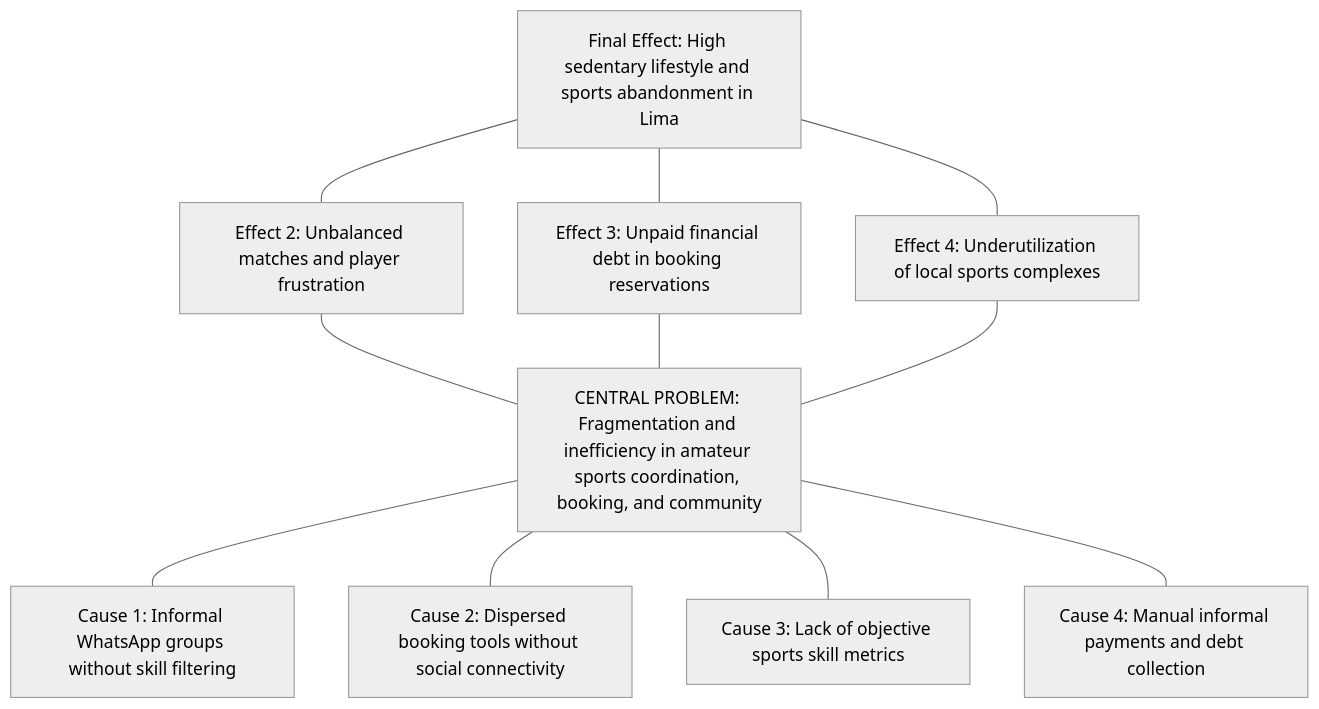
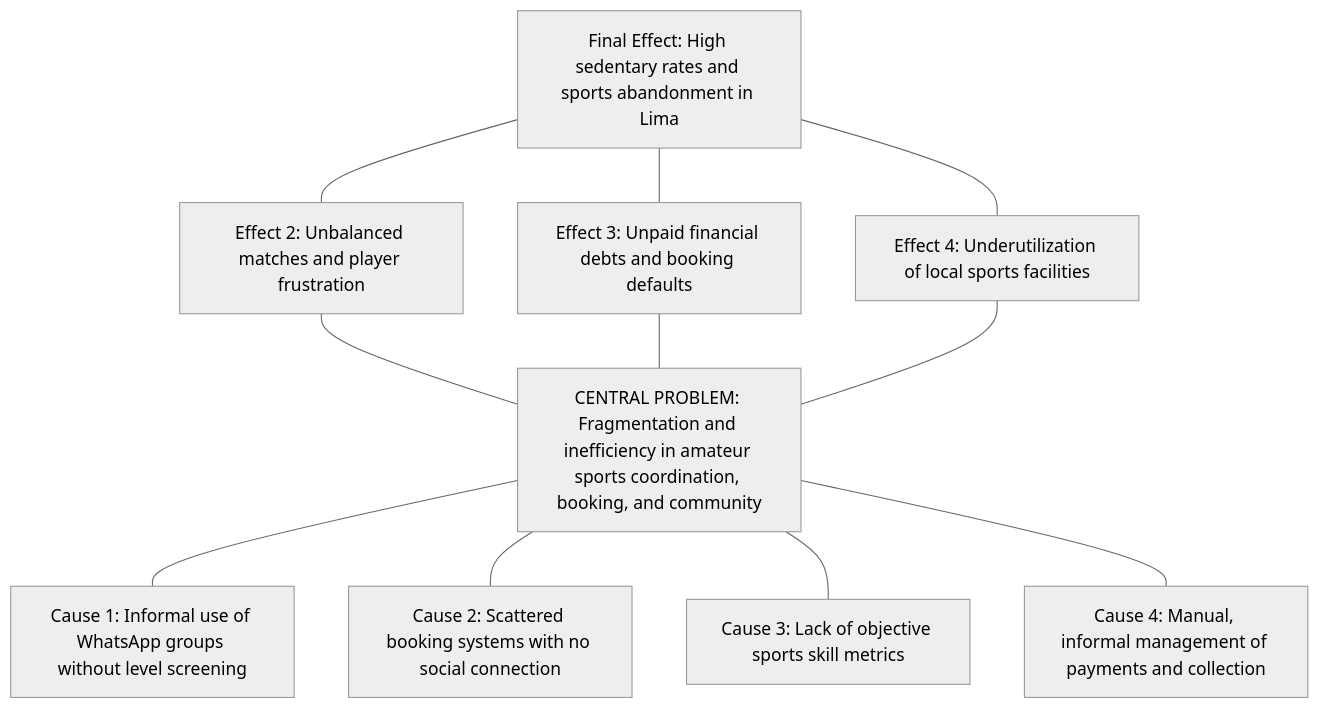
Before and after one commit to jojiz29/sportmatch-connect: the first of 5 diagrams in ENTREGABLE/1. Trabajo Final Matias/TESIS_FINAL_SPORTMATCH_EN.md, drawn with Mermaid (neutral theme). The commit also changed other lines of this file and 1 other file, not shown here.

Commit message:
docs(tf): expand final thesis ES/EN drafts with comprehensive academic detail

````diff
--- a/ENTREGABLE/1. Trabajo Final Matias/TESIS_FINAL_SPORTMATCH_EN.md
+++ b/ENTREGABLE/1. Trabajo Final Matias/TESIS_FINAL_SPORTMATCH_EN.md
@@ -129,25 +138,25 @@
 ```mermaid
 graph TD
-    EF1["Final Effect: High sedentary lifestyle and sports abandonment in Lima"]
+    EF1["Final Effect: High sedentary rates and sports abandonment in Lima"]
     EF2["Effect 2: Unbalanced matches and player frustration"]
-    EF3["Effect 3: Unpaid financial debt in booking reservations"]
-    EF4["Effect 4: Underutilization of local sports complexes"]
+    EF3["Effect 3: Unpaid financial debts and booking defaults"]
+    EF4["Effect 4: Underutilization of local sports facilities"]
     
     PC["CENTRAL PROBLEM: Fragmentation and inefficiency in amateur sports coordination, booking, and community"]
     
-    C1["Cause 1: Informal WhatsApp groups without skill filtering"]
-    C2["Cause 2: Dispersed booking tools without social connectivity"]
+    C1["Cause 1: Informal use of WhatsApp groups without level screening"]
+    C2["Cause 2: Scattered booking systems with no social connection"]
     C3["Cause 3: Lack of objective sports skill metrics"]
-    C4["Cause 4: Manual informal payments and debt collection"]
+    C4["Cause 4: Manual, informal management of payments and collection"]
     
     EF1 --- EF2
     EF1 --- EF3
     EF1 --- EF4
     EF2 --- PC
     EF3 --- PC
     EF4 --- PC
     PC --- C1
     PC --- C2
     PC --- C3
     PC --- C4
 ```
````
